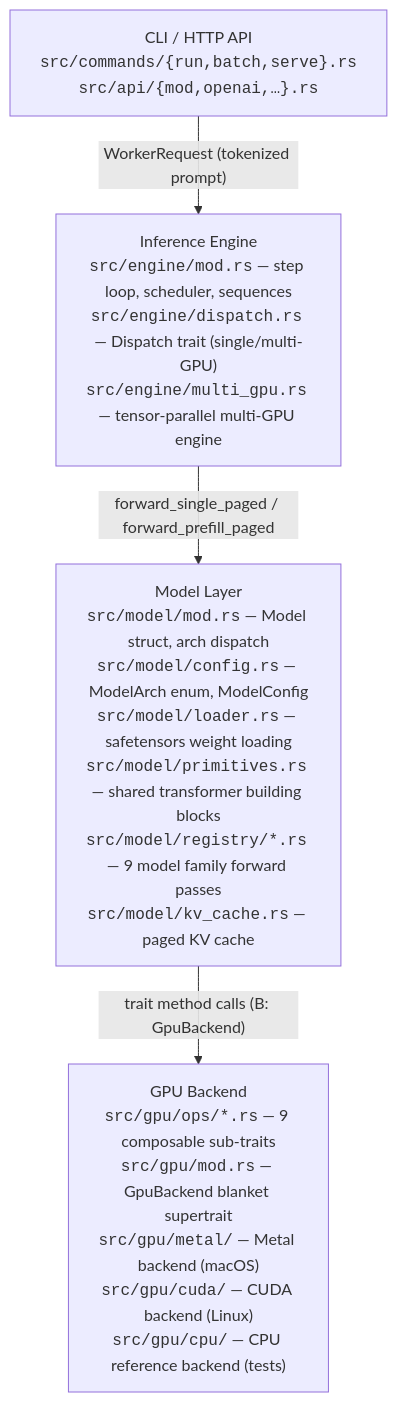
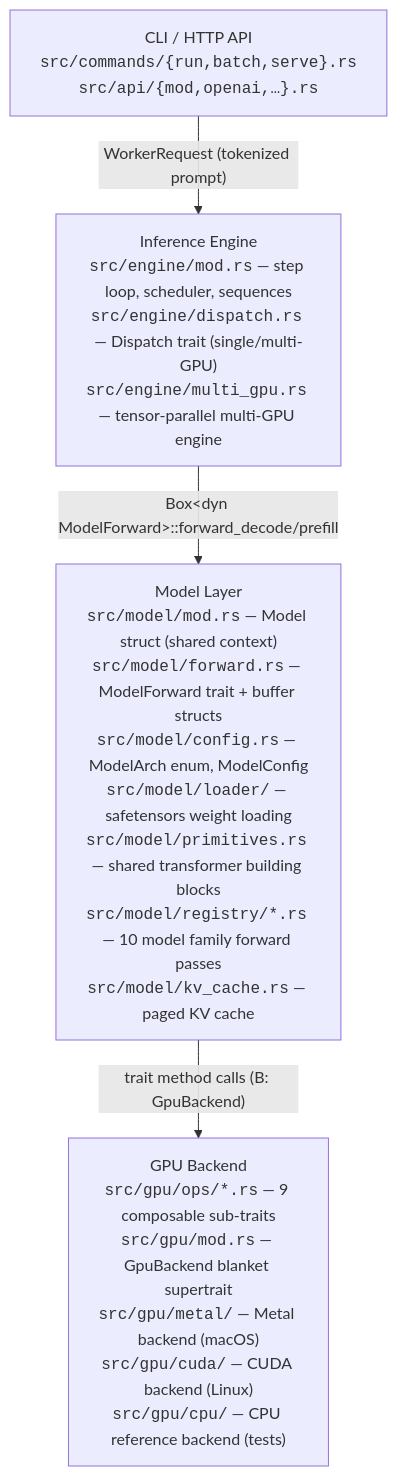
The first of 2 diagrams in docs/architecture-overview.md (JonCooperWorks/rLLM), drawn with Mermaid before and after one commit. The commit also changed 37 other files, not shown here.

````diff
--- a/docs/architecture-overview.md
+++ b/docs/architecture-overview.md
@@ -11,11 +11,11 @@
 ```mermaid
 flowchart TD
     CLI["CLI / HTTP API<br/><code>src/commands/{run,batch,serve}.rs</code><br/><code>src/api/{mod,openai,…}.rs</code>"]
     ENGINE["Inference Engine<br/><code>src/engine/mod.rs</code> — step loop, scheduler, sequences<br/><code>src/engine/dispatch.rs</code> — Dispatch trait (single/multi-GPU)<br/><code>src/engine/multi_gpu.rs</code> — tensor-parallel multi-GPU engine"]
-    MODEL["Model Layer<br/><code>src/model/mod.rs</code> — Model struct, arch dispatch<br/><code>src/model/config.rs</code> — ModelArch enum, ModelConfig<br/><code>src/model/loader.rs</code> — safetensors weight loading<br/><code>src/model/primitives.rs</code> — shared transformer building blocks<br/><code>src/model/registry/*.rs</code> — 9 model family forward passes<br/><code>src/model/kv_cache.rs</code> — paged KV cache"]
+    MODEL["Model Layer<br/><code>src/model/mod.rs</code> — Model struct (shared context)<br/><code>src/model/forward.rs</code> — ModelForward trait + buffer structs<br/><code>src/model/config.rs</code> — ModelArch enum, ModelConfig<br/><code>src/model/loader/</code> — safetensors weight loading<br/><code>src/model/primitives.rs</code> — shared transformer building blocks<br/><code>src/model/registry/*.rs</code> — 10 model family forward passes<br/><code>src/model/kv_cache.rs</code> — paged KV cache"]
     GPU["GPU Backend<br/><code>src/gpu/ops/*.rs</code> — 9 composable sub-traits<br/><code>src/gpu/mod.rs</code> — GpuBackend blanket supertrait<br/><code>src/gpu/metal/</code> — Metal backend (macOS)<br/><code>src/gpu/cuda/</code> — CUDA backend (Linux)<br/><code>src/gpu/cpu/</code> — CPU reference backend (tests)"]
 
     CLI -->|"WorkerRequest (tokenized prompt)"| ENGINE
-    ENGINE -->|"forward_single_paged / forward_prefill_paged"| MODEL
+    ENGINE -->|"Box&lt;dyn ModelForward&gt;::forward_decode/prefill"| MODEL
     MODEL -->|"trait method calls (B: GpuBackend)"| GPU
 ```
````
